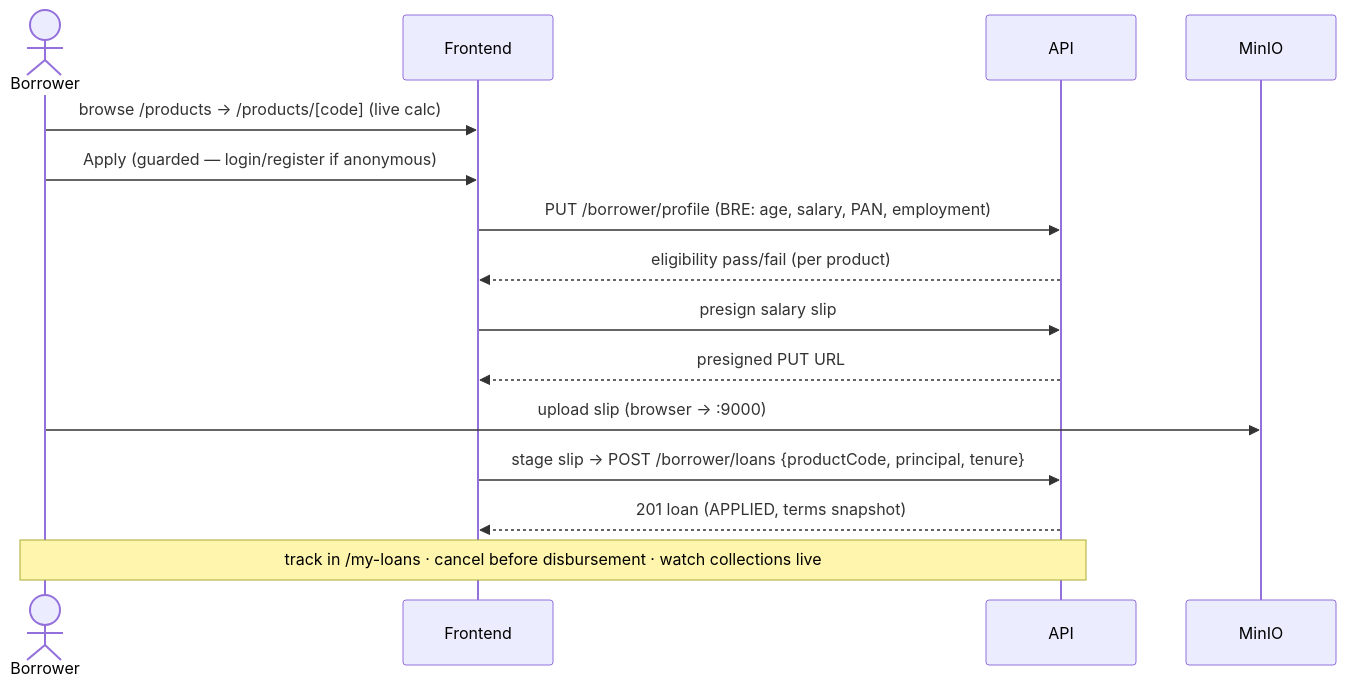
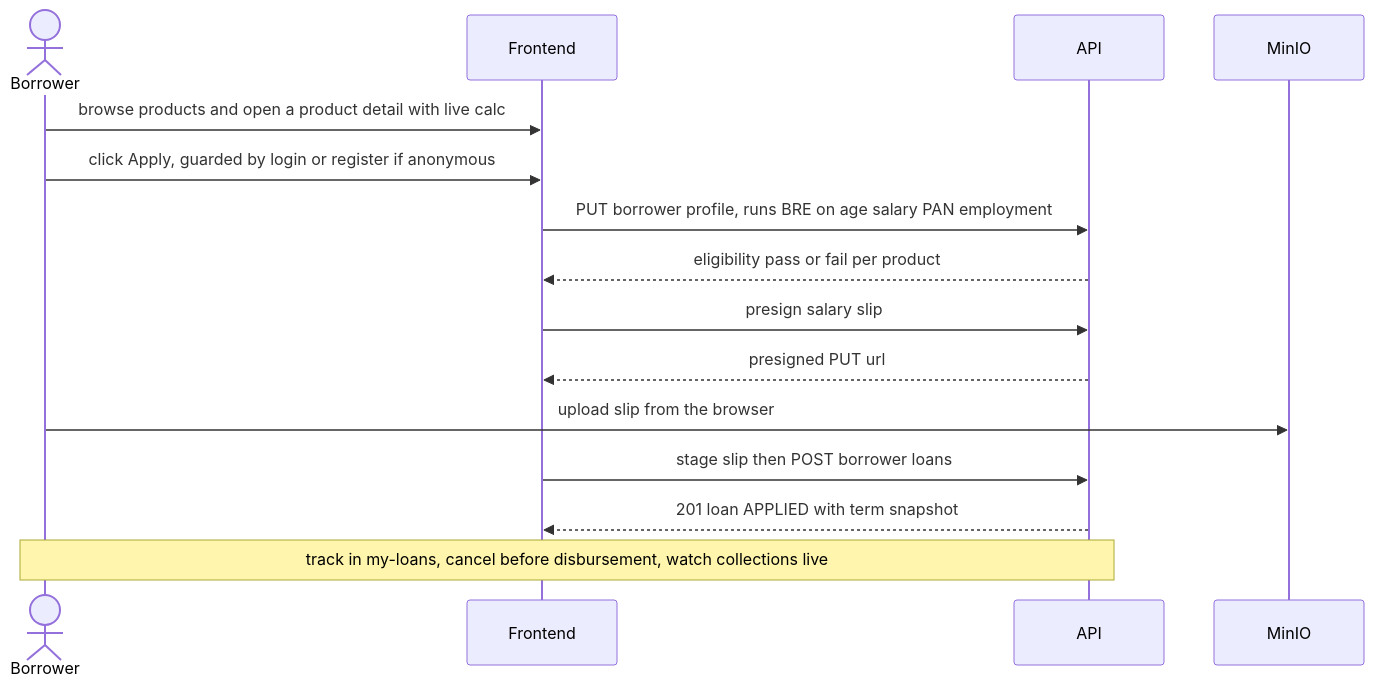
The fifth of 5 diagrams in README.md (GyanKumar62065/lms), drawn with Mermaid before and after one commit. The commit also changed other lines of this file, not shown here.

Commit message:
docs: fix mermaid sequence-diagram syntax (parser-safe message text)

````diff
--- a/README.md
+++ b/README.md
@@ -253,18 +251,18 @@
 ```mermaid
 sequenceDiagram
     actor U as Borrower
     participant FE as Frontend
     participant API as API
     participant S3 as MinIO
 
-    U->>FE: browse /products → /products/[code] (live calc)
-    U->>FE: Apply (guarded — login/register if anonymous)
-    FE->>API: PUT /borrower/profile (BRE: age, salary, PAN, employment)
-    API-->>FE: eligibility pass/fail (per product)
+    U->>FE: browse products and open a product detail with live calc
+    U->>FE: click Apply, guarded by login or register if anonymous
+    FE->>API: PUT borrower profile, runs BRE on age salary PAN employment
+    API-->>FE: eligibility pass or fail per product
     FE->>API: presign salary slip
-    API-->>FE: presigned PUT URL
-    U->>S3: upload slip (browser → :9000)
-    FE->>API: stage slip → POST /borrower/loans {productCode, principal, tenure}
-    API-->>FE: 201 loan (APPLIED, terms snapshot)
-    Note over U,API: track in /my-loans · cancel before disbursement · watch collections live
+    API-->>FE: presigned PUT url
+    U->>S3: upload slip from the browser
+    FE->>API: stage slip then POST borrower loans
+    API-->>FE: 201 loan APPLIED with term snapshot
+    Note over U,API: track in my-loans, cancel before disbursement, watch collections live
 ```
````
